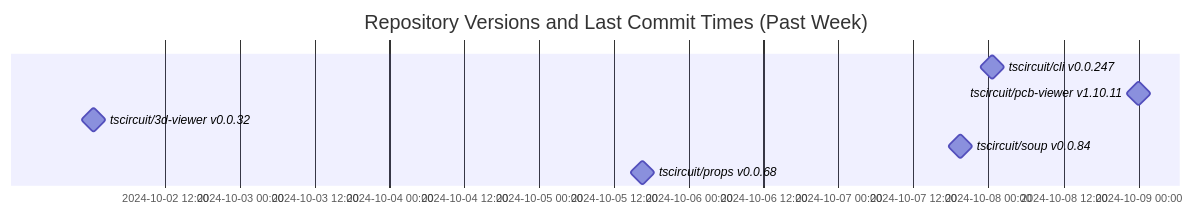
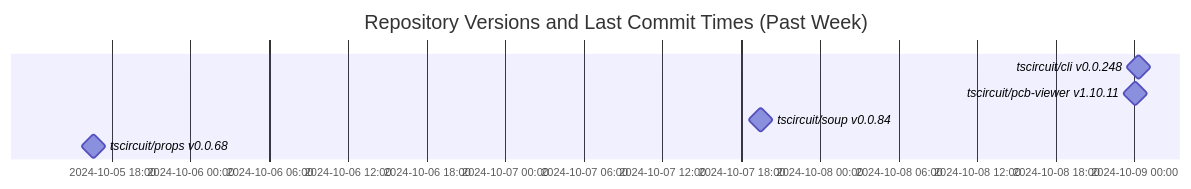
One commit to tscircuit/version-tracker changed the diagram in README.md. Above: the diagram before and after it, drawn with Mermaid.

Commit message:
Update chart

````diff
--- a/README.md
+++ b/README.md
@@ -1,12 +1,11 @@
 ```mermaid
 gantt
   dateFormat  YYYY-MM-DD HH:mm:ss
   title Repository Versions and Last Commit Times (Past Week)
   axisFormat %Y-%m-%d %H:%M
 
-  tscircuit/cli v0.0.247 : milestone, 2024-10-08 00:39:40, 1s
+  tscircuit/cli v0.0.248 : milestone, 2024-10-09 00:20:18, 1s
   tscircuit/pcb-viewer v1.10.11 : milestone, 2024-10-09 00:04:47, 1s
-  tscircuit/3d-viewer v0.0.32 : milestone, 2024-10-02 00:30:55, 1s
   tscircuit/soup v0.0.84 : milestone, 2024-10-07 19:29:57, 1s
   tscircuit/props v0.0.68 : milestone, 2024-10-05 16:34:46, 1s
 ```
````
